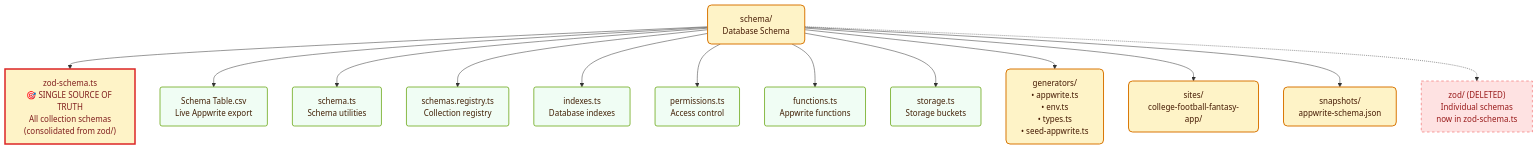
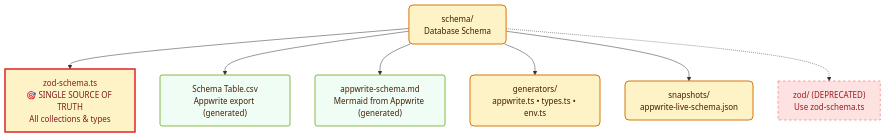
One commit to kpm34/college-football-fantasy-app changed the diagram in docs/diagrams/project-map/schema.md. Above: the diagram before and after it, drawn with Mermaid. The commit also changed other lines of this file and 67 other files, not shown here.

Commit message:
refactor(schema): remove leagues.draftStatus from SSOT; rely on drafts/draft_states; fix drafting logic; autopick writes draft_picks

````diff
--- a/docs/diagrams/project-map/schema.md
+++ b/docs/diagrams/project-map/schema.md
@@ -3,63 +4,38 @@
 ```mermaid
 flowchart TB
   classDef folder fill:#fef3c7,stroke:#d97706,stroke-width:2,color:#451a03,rx:8,ry:8
   classDef file fill:#f0fdf4,stroke:#65a30d,stroke-width:1.5,color:#422006,rx:4,ry:4
   classDef ssot fill:#fef3c7,stroke:#dc2626,stroke-width:3,color:#7f1d1d
   classDef deleted fill:#fee2e2,stroke:#ef4444,stroke-width:1,stroke-dasharray:5 5,color:#991b1b
   
   R["schema/<br/>Database Schema"]
   class R folder
   
   %% SSOT - Single Source of Truth
-  zod_schema["zod-schema.ts<br/>🎯 SINGLE SOURCE OF TRUTH<br/>All collection schemas<br/>(consolidated from zod/)"]
+  zod_schema["zod-schema.ts<br/>🎯 SINGLE SOURCE OF TRUTH<br/>All collections & types"]
   class zod_schema ssot
   R --> zod_schema
   
-  %% Core schema files
-  schema_table["Schema Table.csv<br/>Live Appwrite export"]
+  %% Live exports and generators
+  schema_table["Schema Table.csv<br/>Appwrite export (generated)"]
   class schema_table file
   R --> schema_table
   
-  schema_ts["schema.ts<br/>Schema utilities"]
-  class schema_ts file
-  R --> schema_ts
+  appwrite_schema["appwrite-schema.md<br/>Mermaid from Appwrite (generated)"]
+  class appwrite_schema file
+  R --> appwrite_schema
   
-  schemas_registry["schemas.registry.ts<br/>Collection registry"]
-  class schemas_registry file
-  R --> schemas_registry
+  generators["generators/<br/>appwrite.ts • types.ts • env.ts"]
+  class generators folder
+  R --> generators
+  click generators "/admin/project-map/schema/generators" "Open generators"
   
-  indexes_ts["indexes.ts<br/>Database indexes"]
-  class indexes_ts file
-  R --> indexes_ts
+  snapshots["snapshots/<br/>appwrite-live-schema.json"]
+  class snapshots folder
+  R --> snapshots
   
-  permissions_ts["permissions.ts<br/>Access control"]
-  class permissions_ts file
-  R --> permissions_ts
-  
-  functions_ts["functions.ts<br/>Appwrite functions"]
-  class functions_ts file
-  R --> functions_ts
-  
-  storage_ts["storage.ts<br/>Storage buckets"]
-  class storage_ts file
-  R --> storage_ts
-  
-  %% Folders
-  schema_generators_["generators/<br/>• appwrite.ts<br/>• env.ts<br/>• types.ts<br/>• seed-appwrite.ts"]
-  class schema_generators_ folder
-  R --> schema_generators_
-  click schema_generators_ "/admin/project-map/schema/generators" "Open generators"
-  
-  schema_sites_["sites/<br/>college-football-fantasy-app/"]
-  class schema_sites_ folder
-  R --> schema_sites_
-  
-  schema_snapshots_["snapshots/<br/>appwrite-schema.json"]
-  class schema_snapshots_ folder
-  R --> schema_snapshots_
-  
-  %% Deleted folder (for reference)
-  schema_zod_deleted["zod/ (DELETED)<br/>Individual schemas<br/>now in zod-schema.ts"]
+  %% Reference (deprecated structure)
+  schema_zod_deleted["zod/ (DEPRECATED)<br/>Use zod-schema.ts"]
   class schema_zod_deleted deleted
   R -.-> schema_zod_deleted
 ```
````
